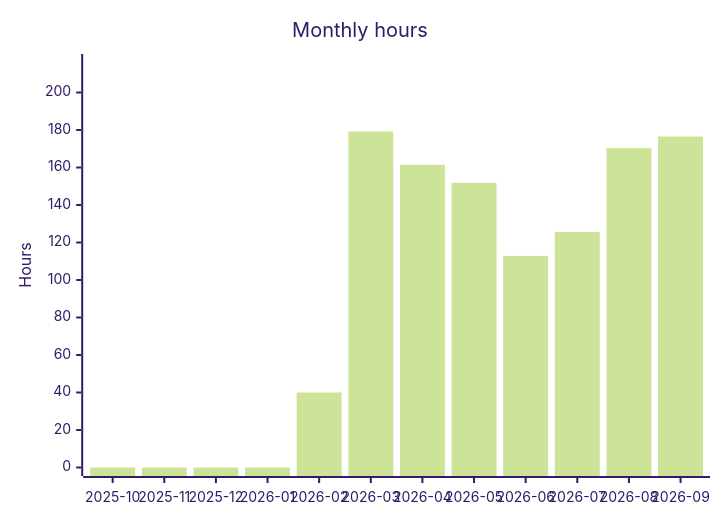
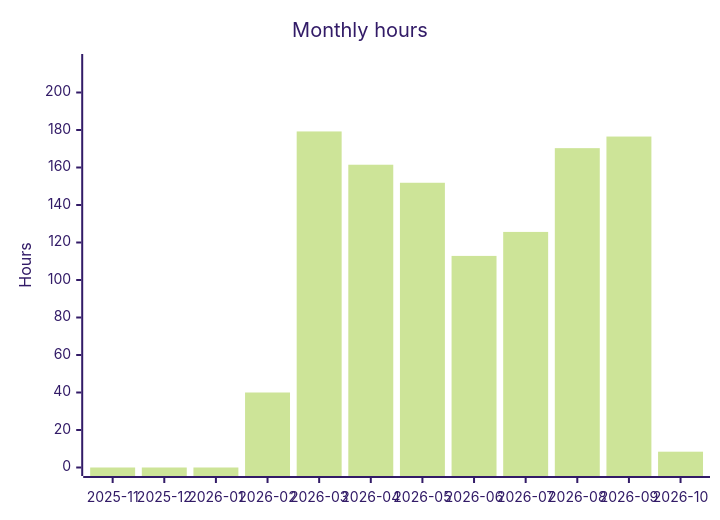
Before and after one commit to albinforsberg-netizen/timeclock: the fourth of 5 diagrams in README.org, drawn with Mermaid (forest theme). The commit also changed other lines of this file, not shown here.

```diff
--- a/README.org
+++ b/README.org
@@ -123,7 +123,7 @@
 #+begin_src mermaid
 xychart-beta
     title "Monthly hours"
-    x-axis ["2025-10", "2025-11", "2025-12", "2026-01", "2026-02", "2026-03", "2026-04", "2026-05", "2026-06", "2026-07", "2026-08", "2026-09"]
+    x-axis ["2025-11", "2025-12", "2026-01", "2026-02", "2026-03", "2026-04", "2026-05", "2026-06", "2026-07", "2026-08", "2026-09", "2026-10"]
     y-axis "Hours" 0 --> 216
-    bar [0.00, 0.00, 0.00, 0.00, 40.00, 179.23, 161.48, 151.86, 112.85, 125.64, 170.32, 176.51]
+    bar [0.00, 0.00, 0.00, 40.00, 179.23, 161.48, 151.86, 112.85, 125.64, 170.32, 176.51, 8.43]
 #+end_src
```
